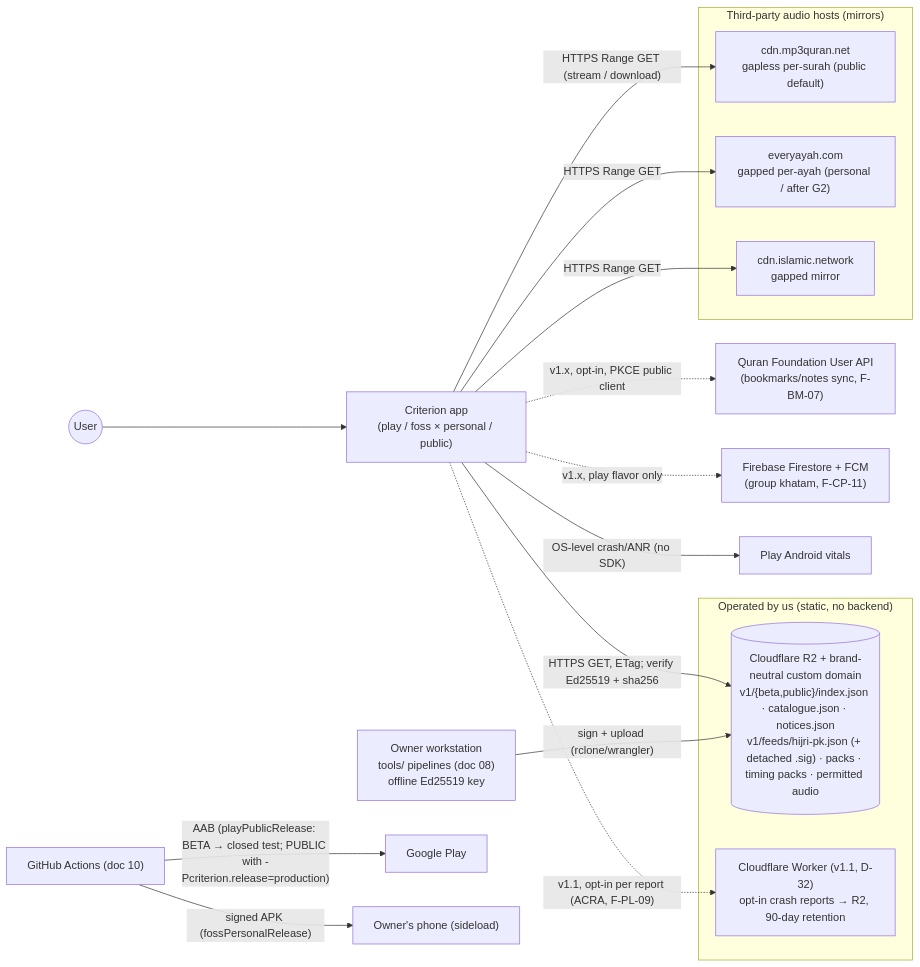
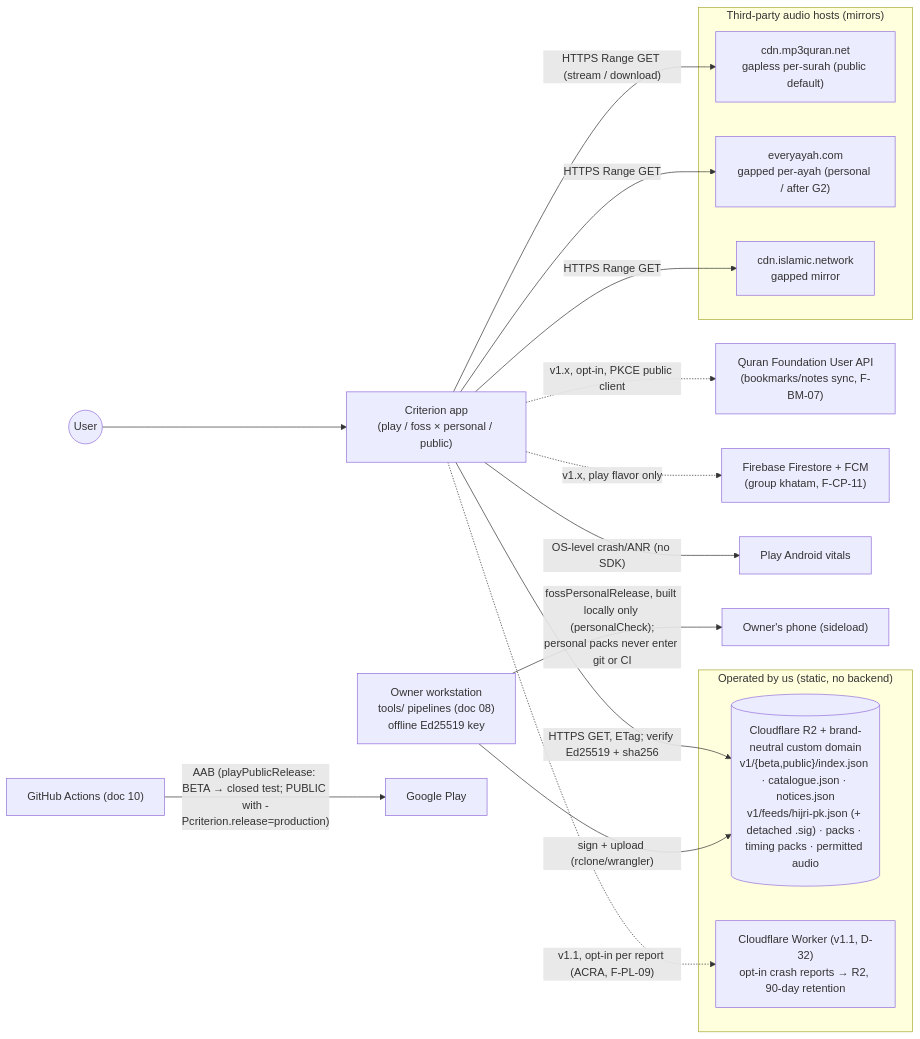
One commit to Chughtaie/criterion changed the first of 3 diagrams in docs/plan/04-architecture.md. Above: the diagram before and after it, drawn with Mermaid. The commit also changed other lines of this file, not shown here.

````diff
--- a/docs/plan/04-architecture.md
+++ b/docs/plan/04-architecture.md
@@ -23,24 +23,24 @@
 ```mermaid
 flowchart LR
   U((User)) --> APP["Criterion app<br/>(play / foss × personal / public)"]
   subgraph Ours["Operated by us (static, no backend)"]
     R2[("Cloudflare R2 + brand-neutral custom domain<br/>v1/{beta,public}/index.json · catalogue.json · notices.json<br/>v1/feeds/hijri-pk.json (+ detached .sig) · packs · timing packs · permitted audio")]
     CW["Cloudflare Worker (v1.1, D-32)<br/>opt-in crash reports → R2, 90-day retention"]
   end
   subgraph ThirdParty["Third-party audio hosts (mirrors)"]
     MP3Q["cdn.mp3quran.net<br/>gapless per-surah (public default)"]
     EA["everyayah.com<br/>gapped per-ayah (personal / after G2)"]
     ISN["cdn.islamic.network<br/>gapped mirror"]
   end
   APP -- "HTTPS GET, ETag; verify Ed25519 + sha256" --> R2
   APP -- "HTTPS Range GET (stream / download)" --> MP3Q
   APP -- "HTTPS Range GET" --> EA
   APP -- "HTTPS Range GET" --> ISN
   APP -. "v1.x, opt-in, PKCE public client" .-> QF["Quran Foundation User API<br/>(bookmarks/notes sync, F-BM-07)"]
   APP -. "v1.x, play flavor only" .-> FB["Firebase Firestore + FCM<br/>(group khatam, F-CP-11)"]
   APP -- "OS-level crash/ANR (no SDK)" --> VIT["Play Android vitals"]
   APP -. "v1.1, opt-in per report (ACRA, F-PL-09)" .-> CW
   OWN["Owner workstation<br/>tools/ pipelines (doc 08)<br/>offline Ed25519 key"] -- "sign + upload (rclone/wrangler)" --> R2
   CI["GitHub Actions (doc 10)"] -- "AAB (playPublicRelease: BETA → closed test; PUBLIC with -Pcriterion.release=production)" --> PLAY["Google Play"]
-  CI -- "signed APK (fossPersonalRelease)" --> OWNERPHONE["Owner's phone (sideload)"]
+  OWN -- "fossPersonalRelease, built locally only (personalCheck);<br/>personal packs never enter git or CI" --> OWNERPHONE["Owner's phone (sideload)"]
 ```
````
